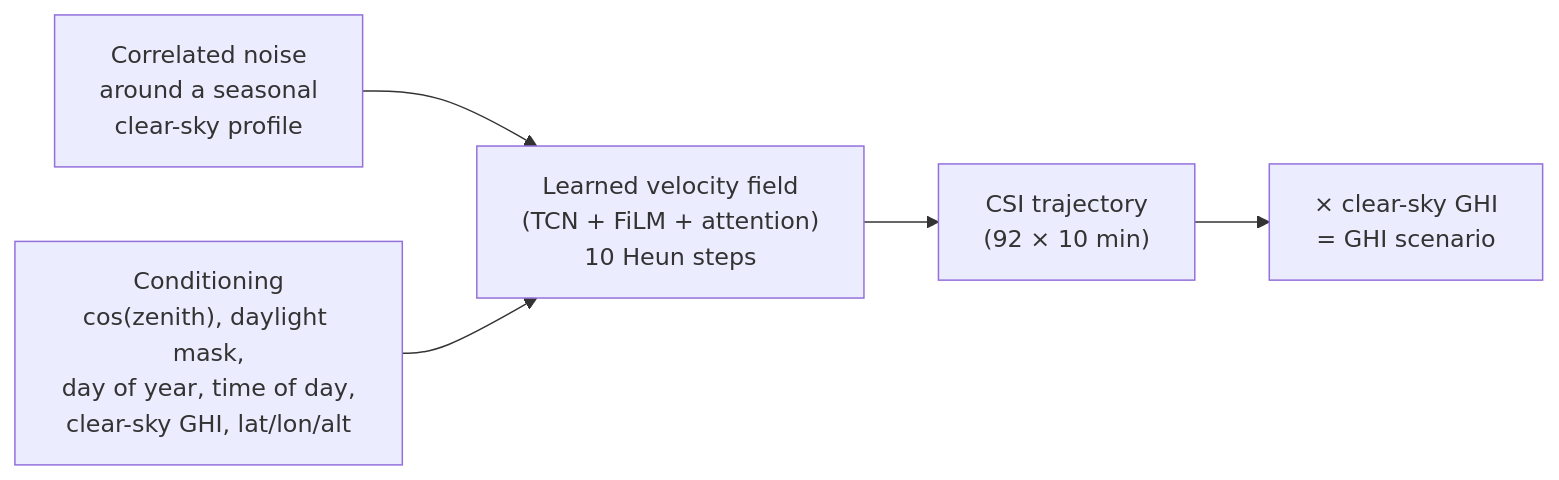
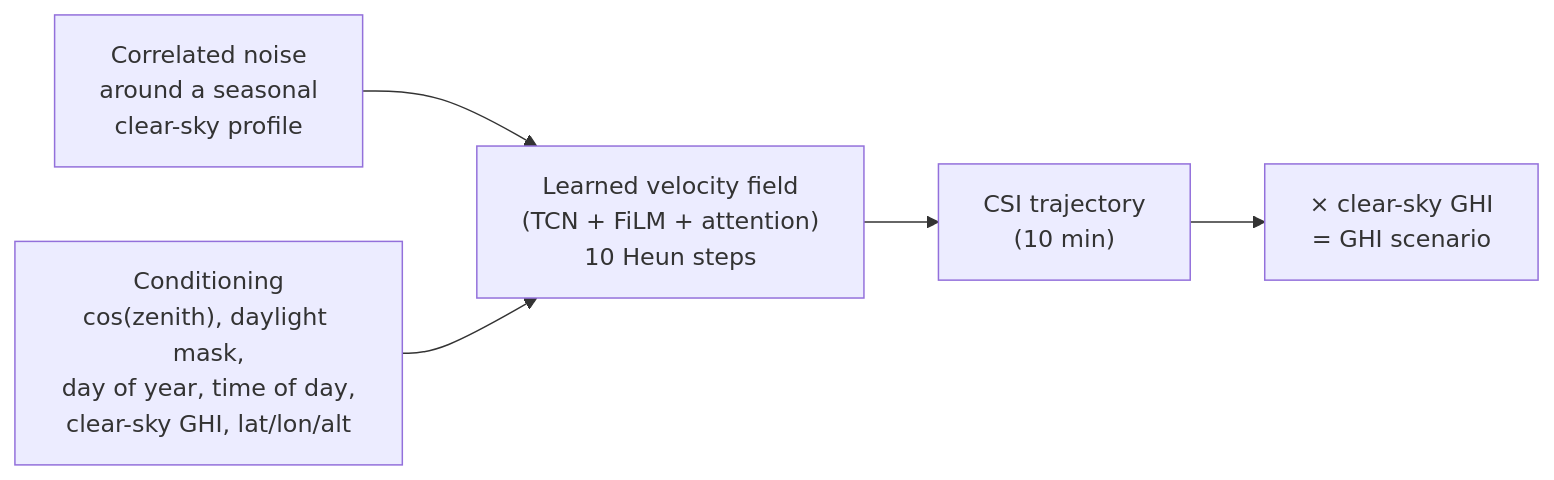
The diagram in README.md (frimane/SolFlow.gen), drawn with Mermaid before and after one commit. The commit also changed other lines of this file, not shown here.

````diff
--- a/README.md
+++ b/README.md
@@ -85,7 +66,7 @@
 ```mermaid
 flowchart LR
     A["Correlated noise<br/>around a seasonal<br/>clear-sky profile"] --> B["Learned velocity field<br/>(TCN + FiLM + attention)<br/>10 Heun steps"]
     C["Conditioning<br/>cos(zenith), daylight mask,<br/>day of year, time of day,<br/>clear-sky GHI, lat/lon/alt"] --> B
-    B --> D["CSI trajectory<br/>(92 × 10 min)"]
+    B --> D["CSI trajectory<br/>(10 min)"]
     D --> E["× clear-sky GHI<br/>= GHI scenario"]
 ```
````
